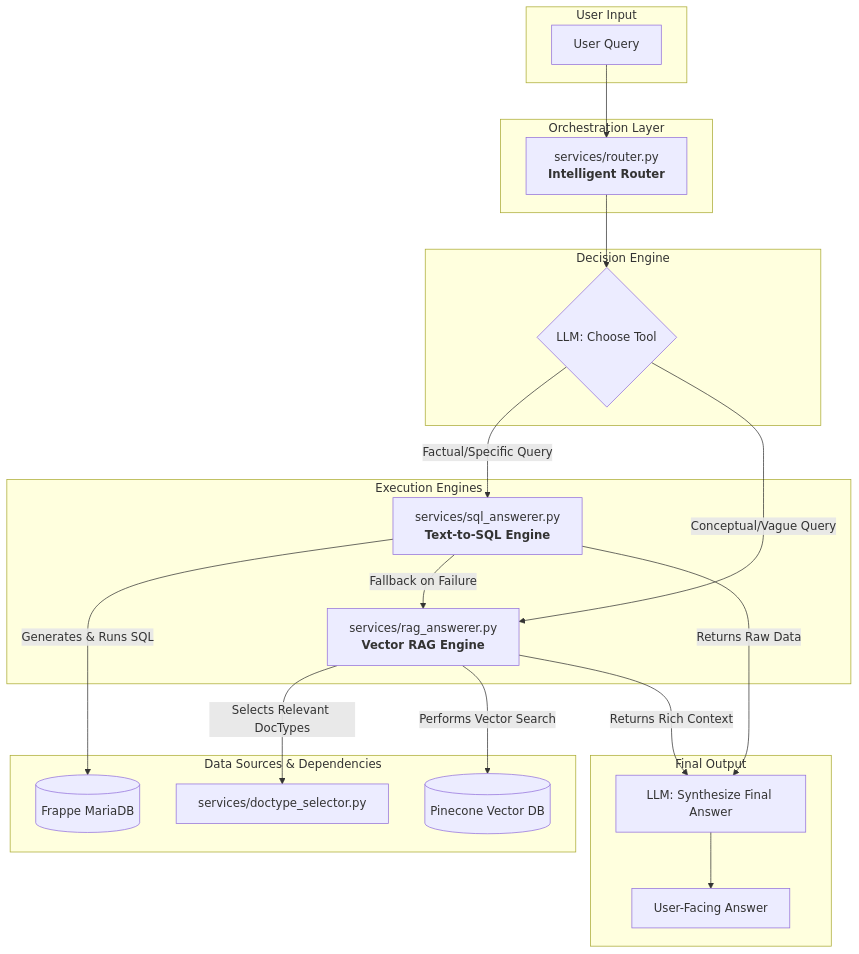
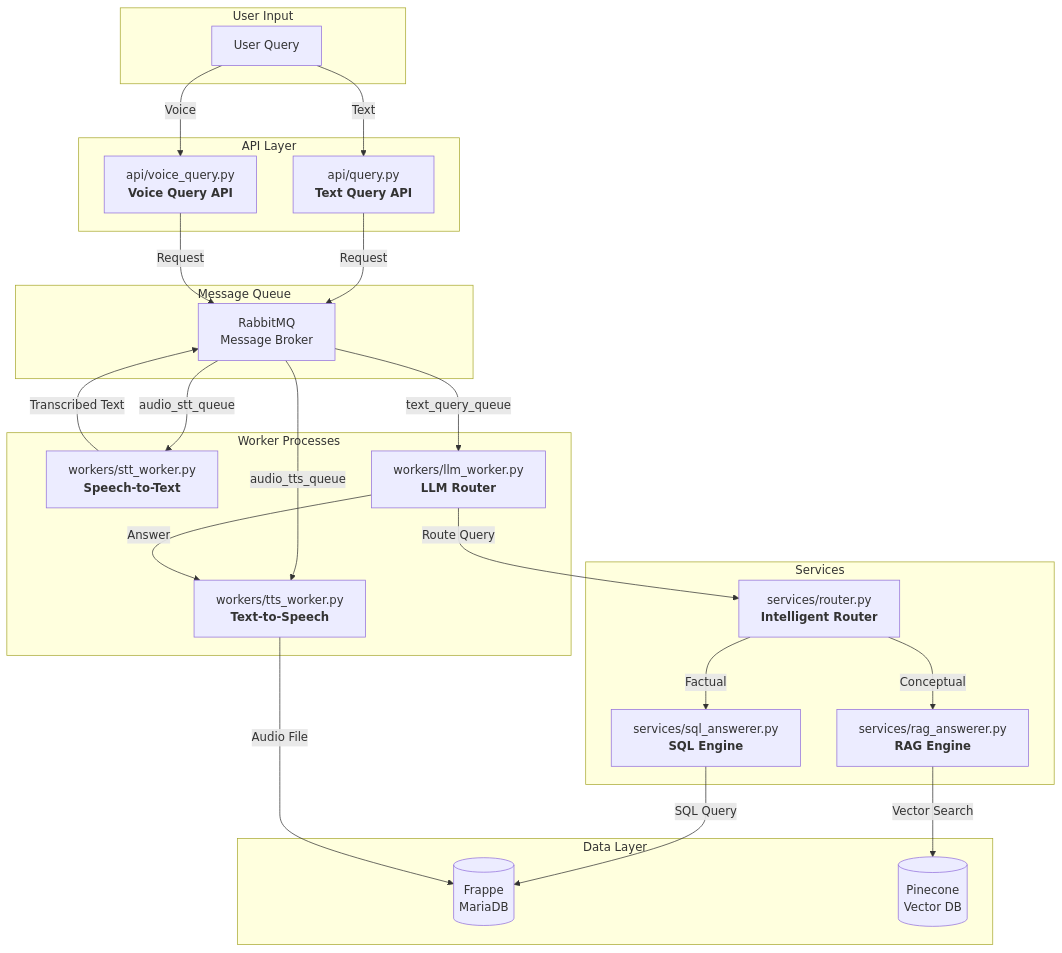
The first of 3 diagrams in README.md (theapprenticeproject/Ai), drawn with Mermaid before and after one commit. The commit also changed other lines of this file, not shown here.

````diff
--- a/README.md
+++ b/README.md
@@ -18,51 +78,53 @@
 ```mermaid
 graph TD
     subgraph "User Input"
         User[User Query]
     end
 
-    subgraph "Orchestration Layer"
-        Router["services/router.py<br><b>Intelligent Router</b>"]
+    subgraph "API Layer"
+        QueryAPI["api/query.py<br><b>Text Query API</b>"]
+        VoiceQueryAPI["api/voice_query.py<br><b>Voice Query API</b>"]
     end
 
-    subgraph "Decision Engine"
-        ChooseTool{LLM: Choose Tool}
+    subgraph "Message Queue"
+        RabbitMQ["RabbitMQ<br>Message Broker"]
     end
 
-    subgraph "Execution Engines"
-        SQL["services/sql_answerer.py<br><b>Text-to-SQL Engine</b>"]
-        RAG["services/rag_answerer.py<br><b>Vector RAG Engine</b>"]
+    subgraph "Worker Processes"
+        STTWorker["workers/stt_worker.py<br><b>Speech-to-Text</b>"]
+        LLMWorker["workers/llm_worker.py<br><b>LLM Router</b>"]
+        TTSWorker["workers/tts_worker.py<br><b>Text-to-Speech</b>"]
     end
 
-    subgraph "Data Sources & Dependencies"
-        MariaDB[(Frappe MariaDB)]
-        PineconeDB[(Pinecone Vector DB)]
-        DocSelector["services/doctype_selector.py"]
+    subgraph "Services"
+        Router["services/router.py<br><b>Intelligent Router</b>"]
+        SQL["services/sql_answerer.py<br><b>SQL Engine</b>"]
+        RAG["services/rag_answerer.py<br><b>RAG Engine</b>"]
     end
 
-    subgraph "Final Output"
-        Laiynthesis["LLM: Synthesize Final Answer"]
-        FinalAnswer[User-Facing Answer]
+    subgraph "Data Layer"
+        MariaDB[(Frappe<br>MariaDB)]
+        PineconeDB[(Pinecone<br>Vector DB)]
     end
 
-    %% Main Flow
-    User --> Router
-    Router --> ChooseTool
-
-    %% Tool Selection Paths
-    ChooseTool -- "Factual/Specific Query" --> SQL
-    ChooseTool -- "Conceptual/Vague Query" --> RAG
-
-    %% Engine Dependencies
-    SQL -- "Generates & Runs SQL" --> MariaDB
-    RAG -- "Selects Relevant DocTypes" --> DocSelector
-    RAG -- "Performs Vector Search" --> PineconeDB
-
-    %% Fallback Logic
-    SQL -- "Fallback on Failure" --> RAG
-
-    %% Answer Synthesis
-    SQL -- "Returns Raw Data" --> Laiynthesis
-    RAG -- "Returns Rich Context" --> Laiynthesis
-    Laiynthesis --> FinalAnswer
+    User -->|Text| QueryAPI
+    User -->|Voice| VoiceQueryAPI
+    
+    QueryAPI -->|Request| RabbitMQ
+    VoiceQueryAPI -->|Request| RabbitMQ
+    
+    RabbitMQ -->|audio_stt_queue| STTWorker
+    RabbitMQ -->|text_query_queue| LLMWorker
+    RabbitMQ -->|audio_tts_queue| TTSWorker
+    
+    STTWorker -->|Transcribed Text| RabbitMQ
+    LLMWorker -->|Route Query| Router
+    Router -->|Factual| SQL
+    Router -->|Conceptual| RAG
+    
+    SQL -->|SQL Query| MariaDB
+    RAG -->|Vector Search| PineconeDB
+    
+    LLMWorker -->|Answer| TTSWorker
+    TTSWorker -->|Audio File| MariaDB
 ```
````
